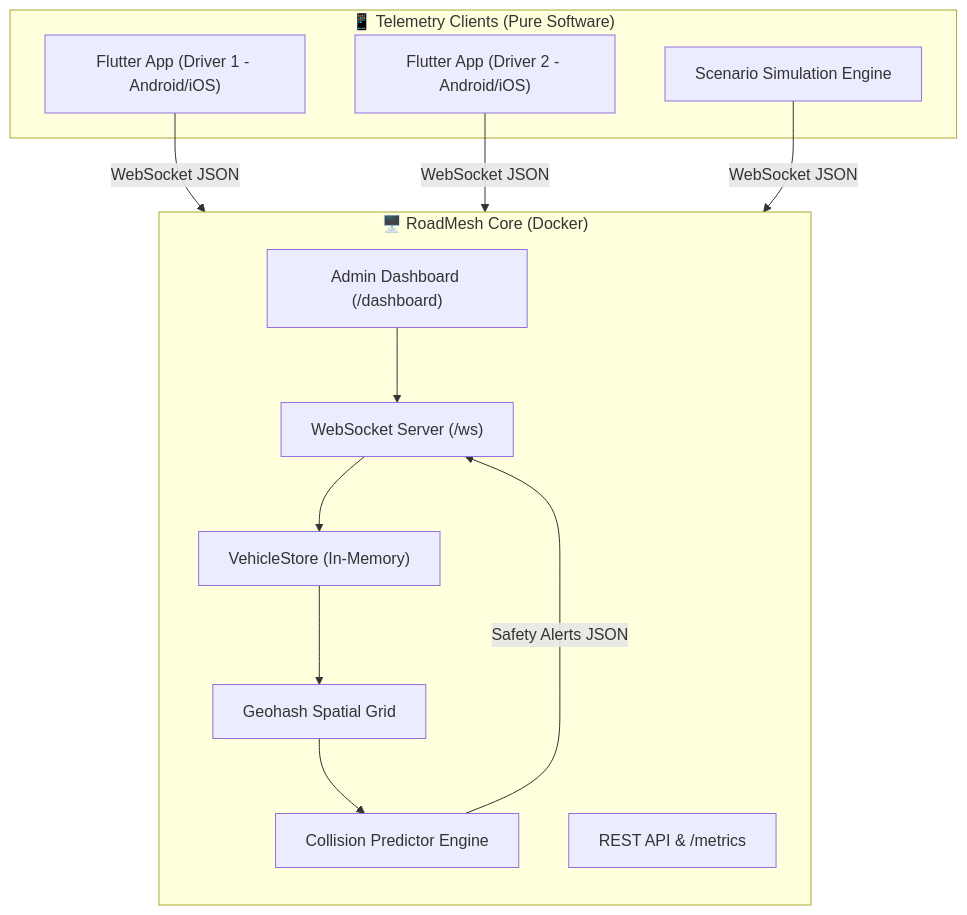
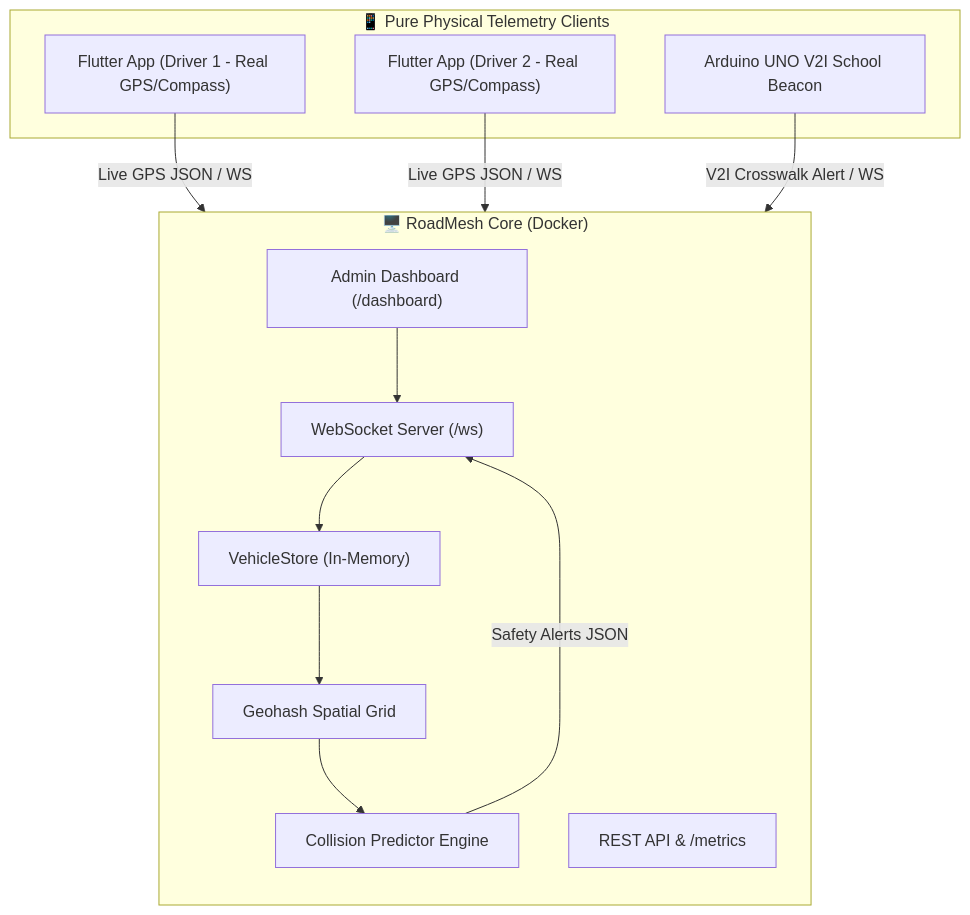
One commit to Ctrl-Cr8/RoadMesh changed the diagram in README.md. Above: the diagram before and after it, drawn with Mermaid. The commit also changed other lines of this file and 21 other files, not shown here.

````diff
--- a/README.md
+++ b/README.md
@@ -31,28 +31,28 @@
 ```mermaid
 graph TB
-    subgraph Clients["📱 Telemetry Clients (Pure Software)"]
-        M1["Flutter App (Driver 1 - Android/iOS)"]
-        M2["Flutter App (Driver 2 - Android/iOS)"]
-        SIM["Scenario Simulation Engine"]
+    subgraph Clients["📱 Pure Physical Telemetry Clients"]
+        M1["Flutter App (Driver 1 - Real GPS/Compass)"]
+        M2["Flutter App (Driver 2 - Real GPS/Compass)"]
+        ARD["Arduino UNO V2I School Beacon"]
     end
 
     subgraph Server["🖥️ RoadMesh Core (Docker)"]
         direction TB
         WS["WebSocket Server (/ws)"]
         VS["VehicleStore (In-Memory)"]
         SG["Geohash Spatial Grid"]
         CP["Collision Predictor Engine"]
         DASH["Admin Dashboard (/dashboard)"]
         API["REST API & /metrics"]
     end
 
-    M1 -->|WebSocket JSON| WS
-    M2 -->|WebSocket JSON| WS
-    SIM -->|WebSocket JSON| WS
+    M1 -->|Live GPS JSON / WS| WS
+    M2 -->|Live GPS JSON / WS| WS
+    ARD -->|V2I Crosswalk Alert / WS| WS
 
     WS --> VS
     VS --> SG
     SG --> CP
     CP -->|Safety Alerts JSON| WS
     DASH --> WS
 ```
````
